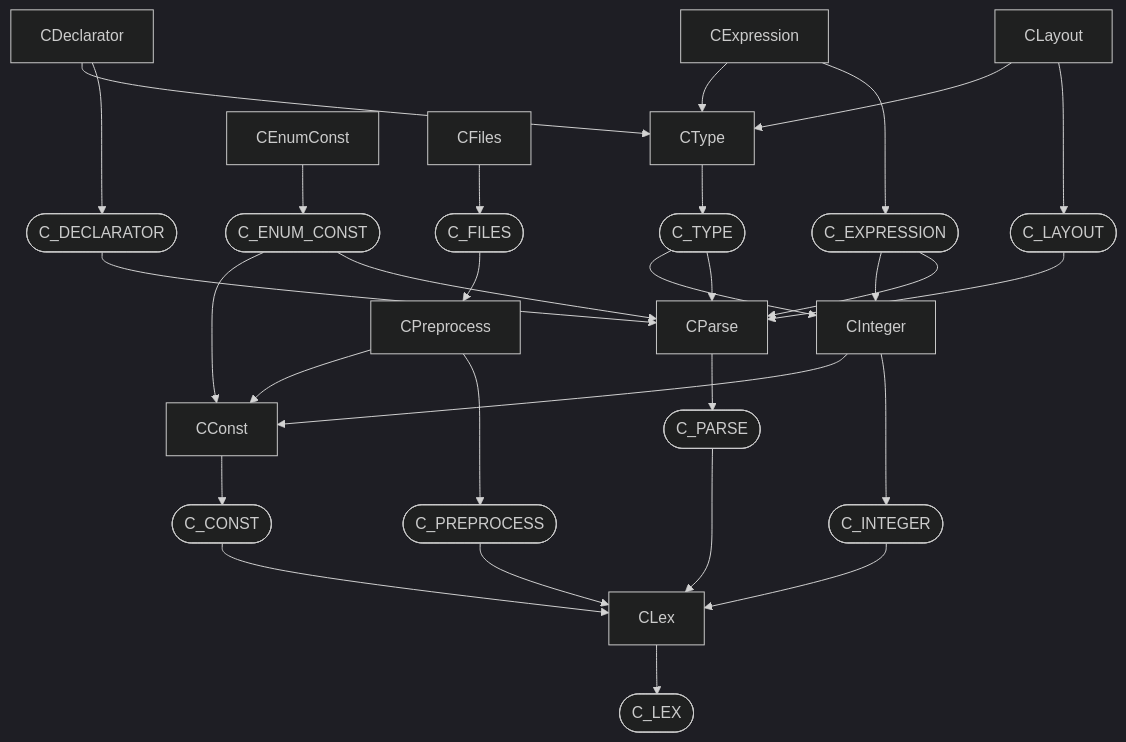
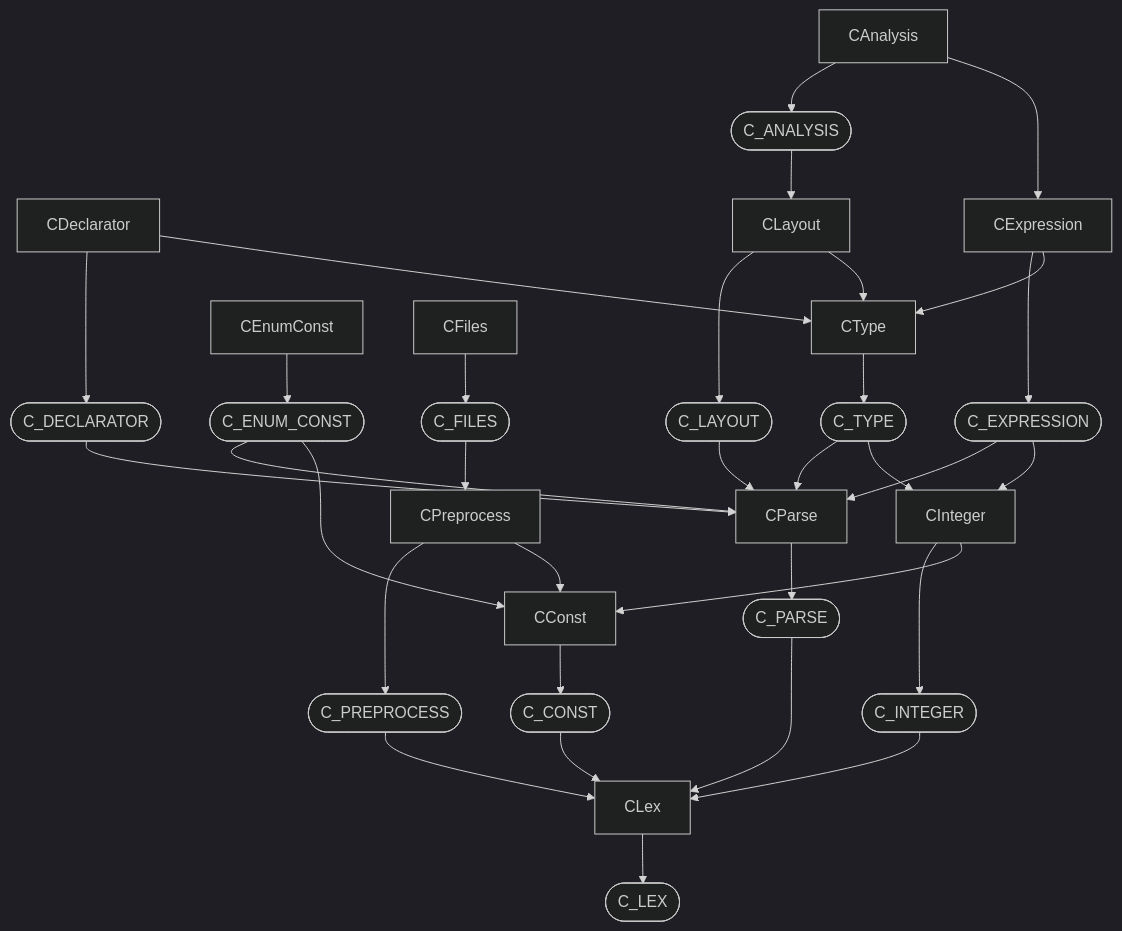
The second of 2 diagrams in docs/lib/language/c/depends.md (ruudkoot/rune), drawn with Mermaid (dark theme) before and after one commit. The commit also changed other lines of this file and 48 other files, not shown here.

````diff
--- a/docs/lib/language/c/depends.md
+++ b/docs/lib/language/c/depends.md
@@ -31,54 +31,59 @@
 ```mermaid
 flowchart TD
   n0(["C_LEX"])
   n1["CLex"]
   n2(["C_CONST"])
   n3["CConst"]
   n4(["C_INTEGER"])
   n5["CInteger"]
   n6(["C_PREPROCESS"])
   n7["CPreprocess"]
   n8(["C_PARSE"])
   n9["CParse"]
   n10(["C_TYPE"])
   n11["CType"]
   n12(["C_DECLARATOR"])
   n13["CDeclarator"]
   n14(["C_EXPRESSION"])
   n15["CExpression"]
   n16(["C_ENUM_CONST"])
   n17["CEnumConst"]
   n18(["C_LAYOUT"])
   n19["CLayout"]
-  n20(["C_FILES"])
-  n21["CFiles"]
+  n20(["C_ANALYSIS"])
+  n21["CAnalysis"]
+  n22(["C_FILES"])
+  n23["CFiles"]
   n1 --> n0
   n2 --> n1
   n3 --> n2
   n4 --> n1
   n5 --> n3
   n5 --> n4
   n6 --> n1
   n7 --> n3
   n7 --> n6
   n8 --> n1
   n9 --> n8
   n10 --> n5
   n10 --> n9
   n11 --> n10
   n12 --> n9
   n13 --> n11
   n13 --> n12
   n14 --> n5
   n14 --> n9
   n15 --> n11
   n15 --> n14
   n16 --> n3
   n16 --> n9
   n17 --> n16
   n18 --> n9
   n19 --> n11
   n19 --> n18
-  n20 --> n7
+  n20 --> n19
+  n21 --> n15
   n21 --> n20
+  n22 --> n7
+  n23 --> n22
 ```
````
